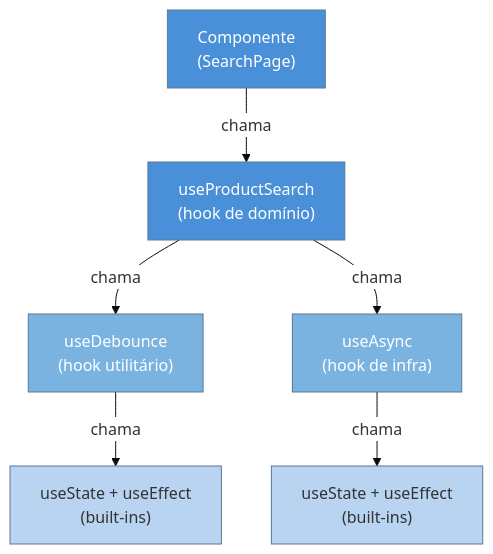
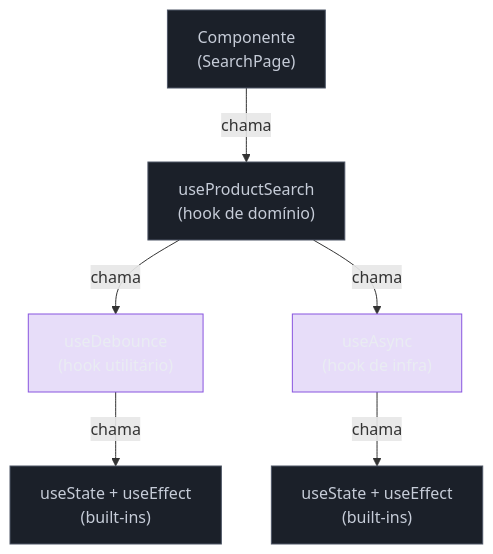
The diagram in 03-Dominios/Tecnologia/React/Design Patterns/04 - Custom hooks como padrão de reuso de lógica.md (josenaldo/codex-technomanticus), drawn with Mermaid before and after one commit. The commit also changed 1181 other files, not shown here.

First line of the commit message:
fix(diagramas): paleta do sistema no lugar de cor cravada no markdown

````diff
--- a/03-Dominios/Tecnologia/React/Design Patterns/04 - Custom hooks como padrão de reuso de lógica.md
+++ b/03-Dominios/Tecnologia/React/Design Patterns/04 - Custom hooks como padrão de reuso de lógica.md
@@ -108,16 +108,17 @@
 ```mermaid
-%%{init: {"theme": "base", "themeVariables": {"primaryColor": "#4A90D9", "edgeLabelBackground": "#fff"}}}%%
 graph TD
+    classDef neutro fill:#1B2029,stroke:#4E5666,color:#C6CCD8
+    classDef marca fill:#8855DF33,stroke:#8855DF,color:#E9ECF2
     A["Componente\n(SearchPage)"] -->|"chama"| B["useProductSearch\n(hook de domínio)"]
     B -->|"chama"| C["useDebounce\n(hook utilitário)"]
     B -->|"chama"| D["useAsync\n(hook de infra)"]
     D -->|"chama"| E["useState + useEffect\n(built-ins)"]
     C -->|"chama"| F["useState + useEffect\n(built-ins)"]
 
-    style A fill:#4A90D9,color:#fff
-    style B fill:#4A90D9,color:#fff
-    style C fill:#7BB3E0,color:#fff
-    style D fill:#7BB3E0,color:#fff
-    style E fill:#B8D4F0,color:#333
-    style F fill:#B8D4F0,color:#333
+    class A neutro
+    class B neutro
+    class C marca
+    class D marca
+    class E neutro
+    class F neutro
 ```
````
